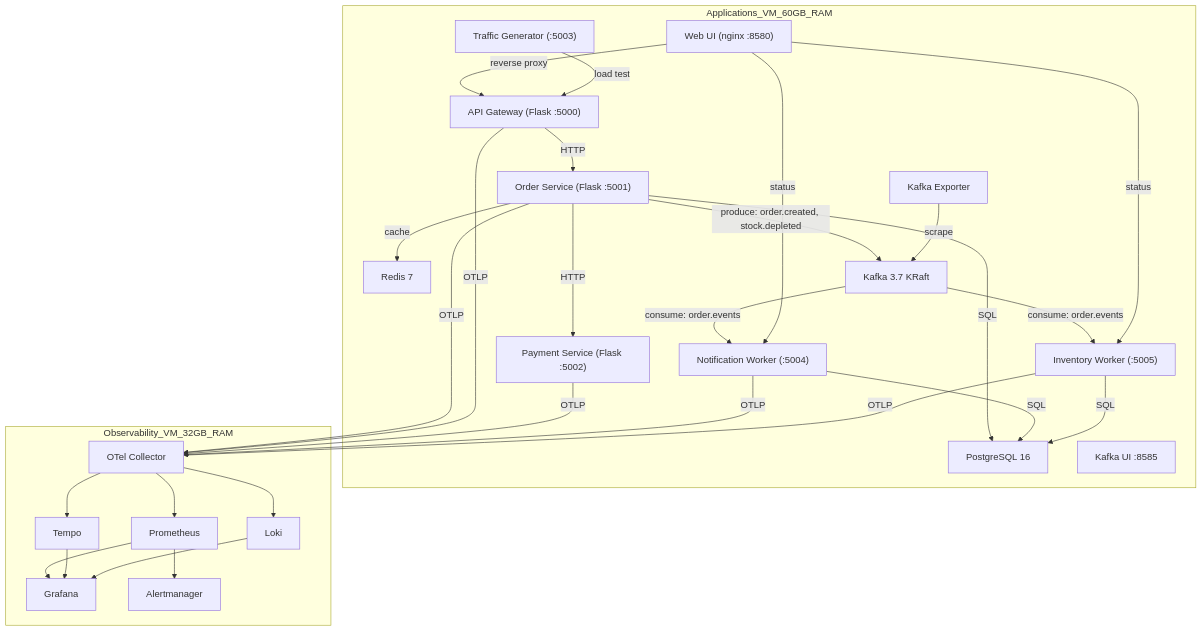
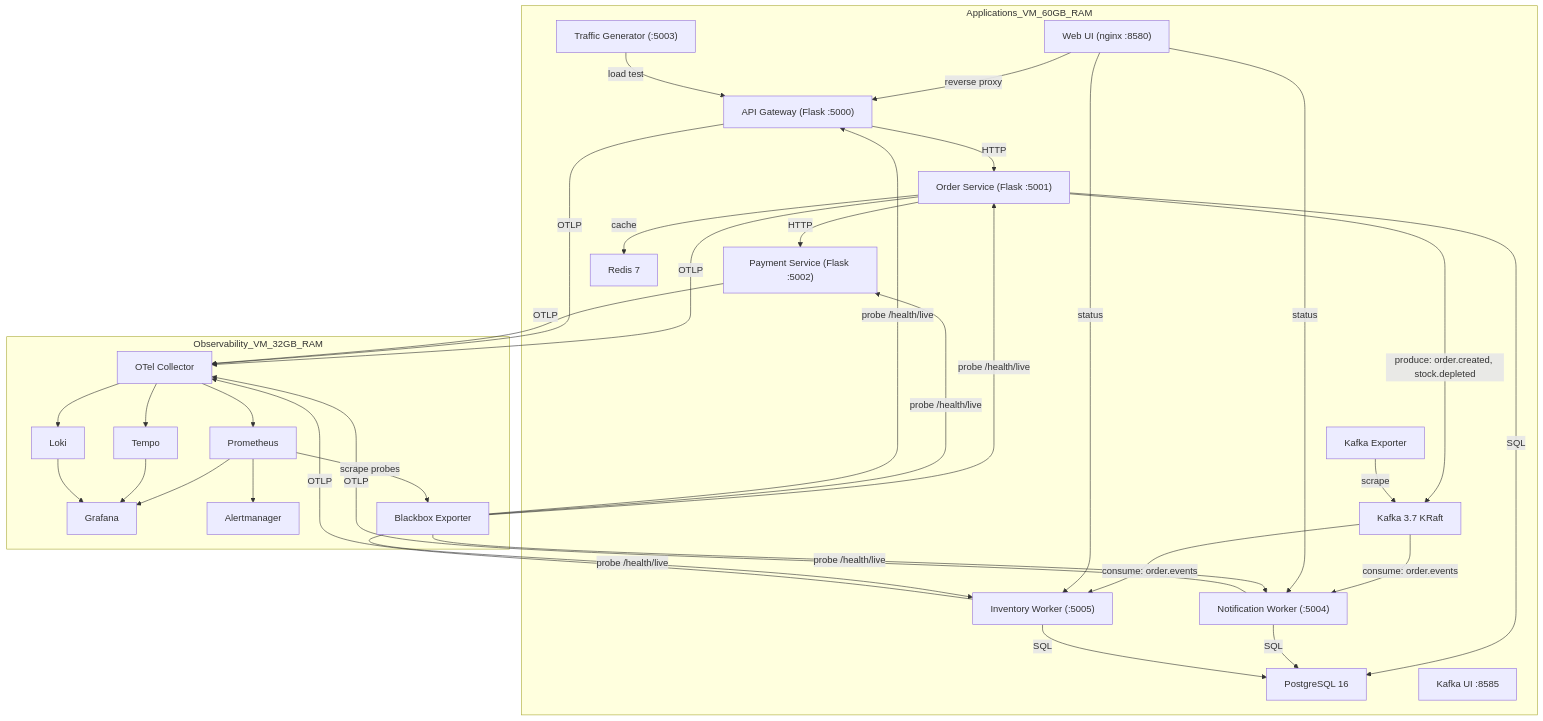
The first of 2 diagrams in on-premises/ARCHITECTURE.md (Mark-Zagob/observability-sample-v2), drawn with Mermaid before and after one commit. The commit also changed other lines of this file and 7 other files, not shown here.

````diff
--- a/on-premises/ARCHITECTURE.md
+++ b/on-premises/ARCHITECTURE.md
@@ -3,64 +9,72 @@
 ```mermaid
 graph TB
 
 subgraph Applications_VM_60GB_RAM
     UI["Web UI (nginx :8580)"]
     GW["API Gateway (Flask :5000)"]
     OS["Order Service (Flask :5001)"]
     PS["Payment Service (Flask :5002)"]
     TG["Traffic Generator (:5003)"]
     NW["Notification Worker (:5004)"]
     IW["Inventory Worker (:5005)"]
     PG["PostgreSQL 16"]
     RD["Redis 7"]
     KF["Kafka 3.7 KRaft"]
     KE["Kafka Exporter"]
     KUI["Kafka UI :8585"]
 end
 
 subgraph Observability_VM_32GB_RAM
     OTEL["OTel Collector"]
     PROM["Prometheus"]
     GRAF["Grafana"]
     TEMPO["Tempo"]
     LOKI["Loki"]
     AM["Alertmanager"]
+    BB["Blackbox Exporter"]
 end
 
 UI -->|reverse proxy| GW
 GW -->|HTTP| OS
 OS -->|HTTP| PS
 
 OS -->|SQL| PG
 OS -->|cache| RD
 OS -->|"produce: order.created, stock.depleted"| KF
 
 KF -->|"consume: order.events"| NW
 KF -->|"consume: order.events"| IW
 
 NW -->|SQL| PG
 IW -->|SQL| PG
 
 TG -->|load test| GW
 
 UI -->|status| NW
 UI -->|status| IW
 
 KE -->|scrape| KF
 
 OS -->|OTLP| OTEL
 GW -->|OTLP| OTEL
 PS -->|OTLP| OTEL
 NW -->|OTLP| OTEL
 IW -->|OTLP| OTEL
 
 OTEL --> PROM
 OTEL --> TEMPO
 OTEL --> LOKI
 
 PROM --> GRAF
 TEMPO --> GRAF
 LOKI --> GRAF
 
 PROM --> AM
+
+BB -->|"probe /health/live"| OS
+BB -->|"probe /health/live"| PS
+BB -->|"probe /health/live"| GW
+BB -->|"probe /health/live"| NW
+BB -->|"probe /health/live"| IW
+PROM -->|"scrape probes"| BB
 ```
````
